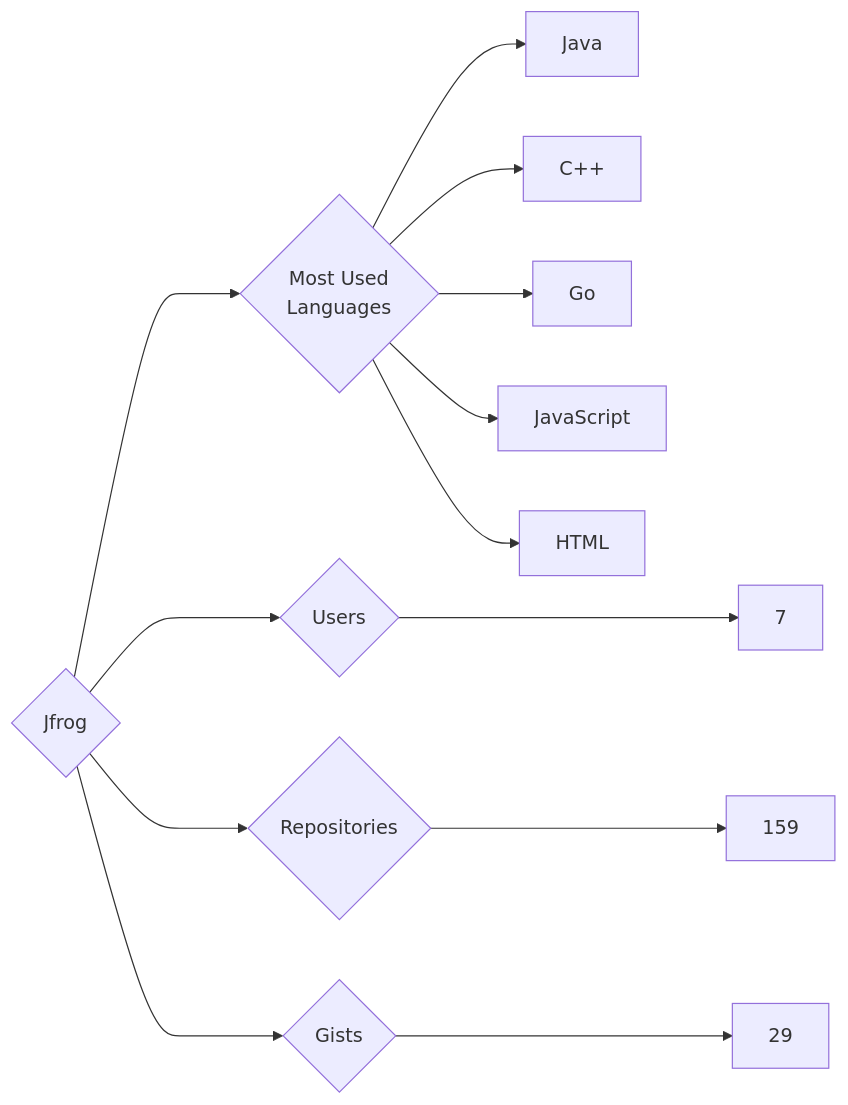
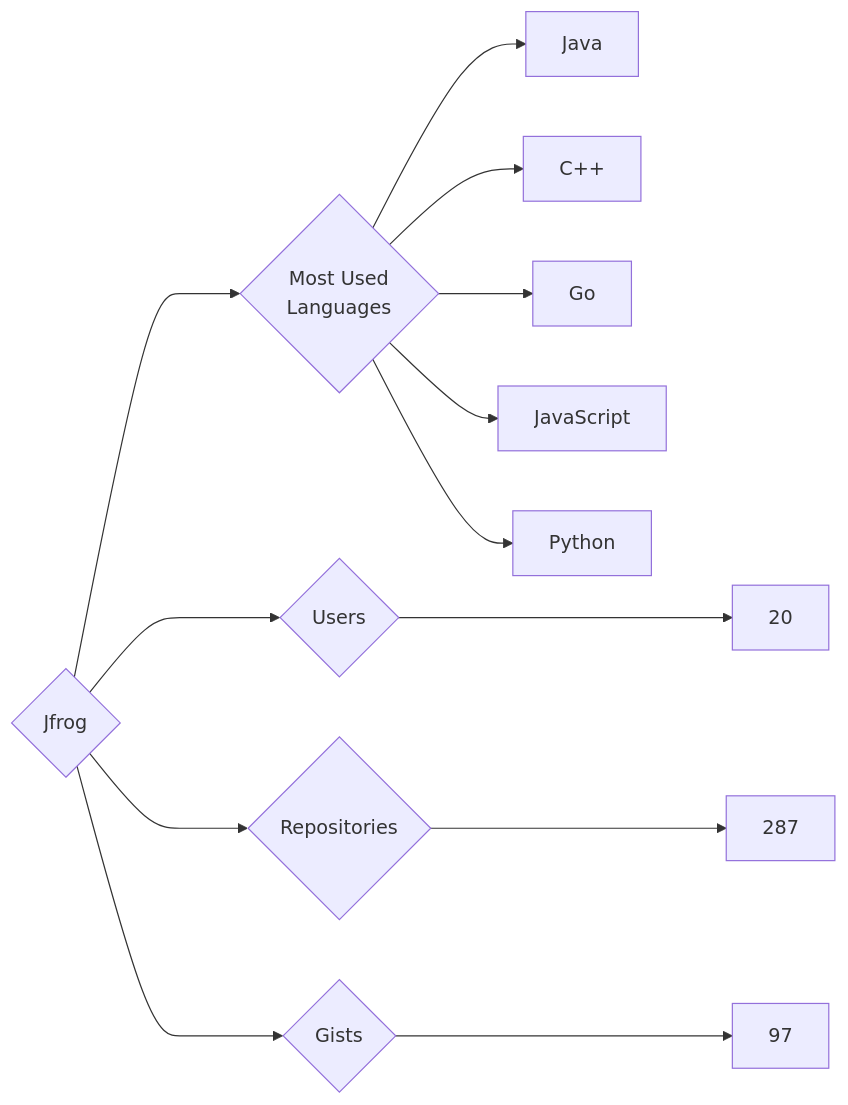
One commit to trickest/insiders changed the diagram in targets/Jfrog/README.md. Above: the diagram before and after it, drawn with Mermaid. The commit also changed 916 other files, not shown here.

````diff
--- a/targets/Jfrog/README.md
+++ b/targets/Jfrog/README.md
@@ -3,13 +3,13 @@
 ```mermaid
 graph LR
 COMPANY_NAME{Jfrog}
-COMPANY_NAME ---> U{Users} ---> UN[7]
-COMPANY_NAME ---> R{Repositories} ---> RN[159]
-COMPANY_NAME ---> G{Gists} ---> GN[29]
+COMPANY_NAME ---> U{Users} ---> UN[20]
+COMPANY_NAME ---> R{Repositories} ---> RN[287]
+COMPANY_NAME ---> G{Gists} ---> GN[97]
 COMPANY_NAME ---> ML{Most Used<br>Languages}
 ML --> Java[Java]
 ML --> C++[C++]
 ML --> Go[Go]
 ML --> JavaScript[JavaScript]
-ML --> HTML[HTML]
+ML --> Python[Python]
 ```
````
